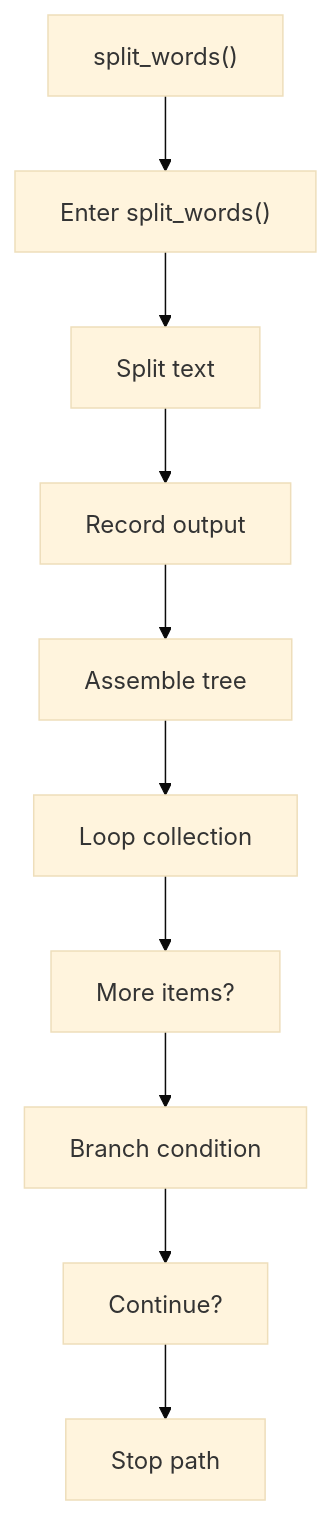
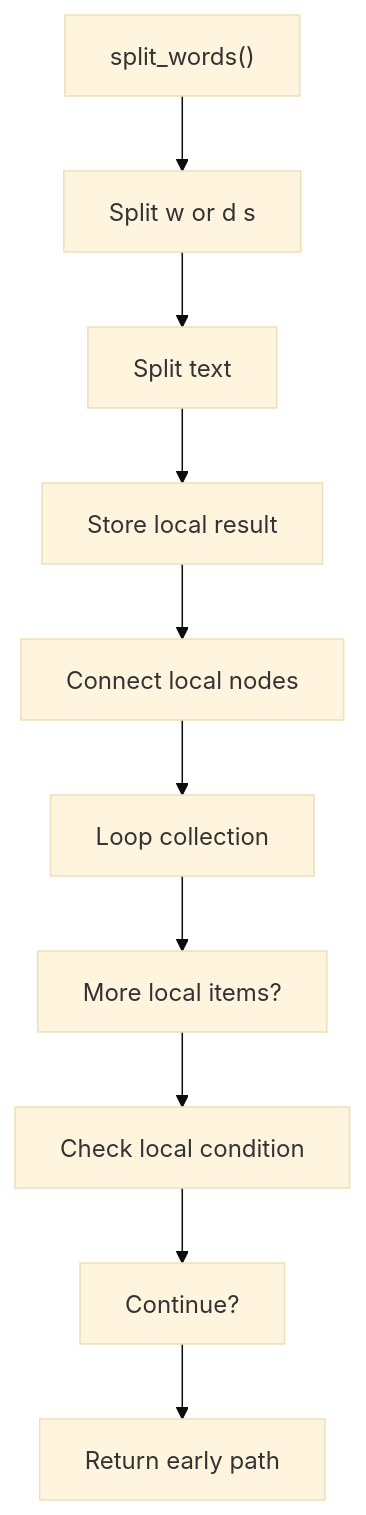
The first of 2 diagrams in docs/Codebase/Microservice/Modules/Source/Analysis/ImplementationUse/Resolution/Symbols/Resolve/Flow/functions/split_words.cpp.md (JohnAndrewBalbarosa/NeoTerritory), drawn with Mermaid (base theme) before and after one commit. The commit also changed other lines of this file and 925 other files, not shown here.

````diff
--- a/docs/Codebase/Microservice/Modules/Source/Analysis/ImplementationUse/Resolution/Symbols/Resolve/Flow/functions/split_words.cpp.md
+++ b/docs/Codebase/Microservice/Modules/Source/Analysis/ImplementationUse/Resolution/Symbols/Resolve/Flow/functions/split_words.cpp.md
@@ -27,22 +27,22 @@
 ```mermaid
 flowchart TD
     N0["split_words()"]
-    N1["Enter split_words()"]
+    N1["Split w or d s"]
     N2["Split text"]
-    N3["Record output"]
-    N4["Assemble tree"]
+    N3["Store local result"]
+    N4["Connect local nodes"]
     N5["Loop collection"]
-    N6["More items?"]
-    N7["Branch condition"]
+    N6["More local items?"]
+    N7["Check local condition"]
     N8["Continue?"]
-    N9["Stop path"]
+    N9["Return early path"]
     N0 --> N1
     N1 --> N2
     N2 --> N3
     N3 --> N4
     N4 --> N5
     N5 --> N6
     N6 --> N7
     N7 --> N8
     N8 --> N9
 ```
````
